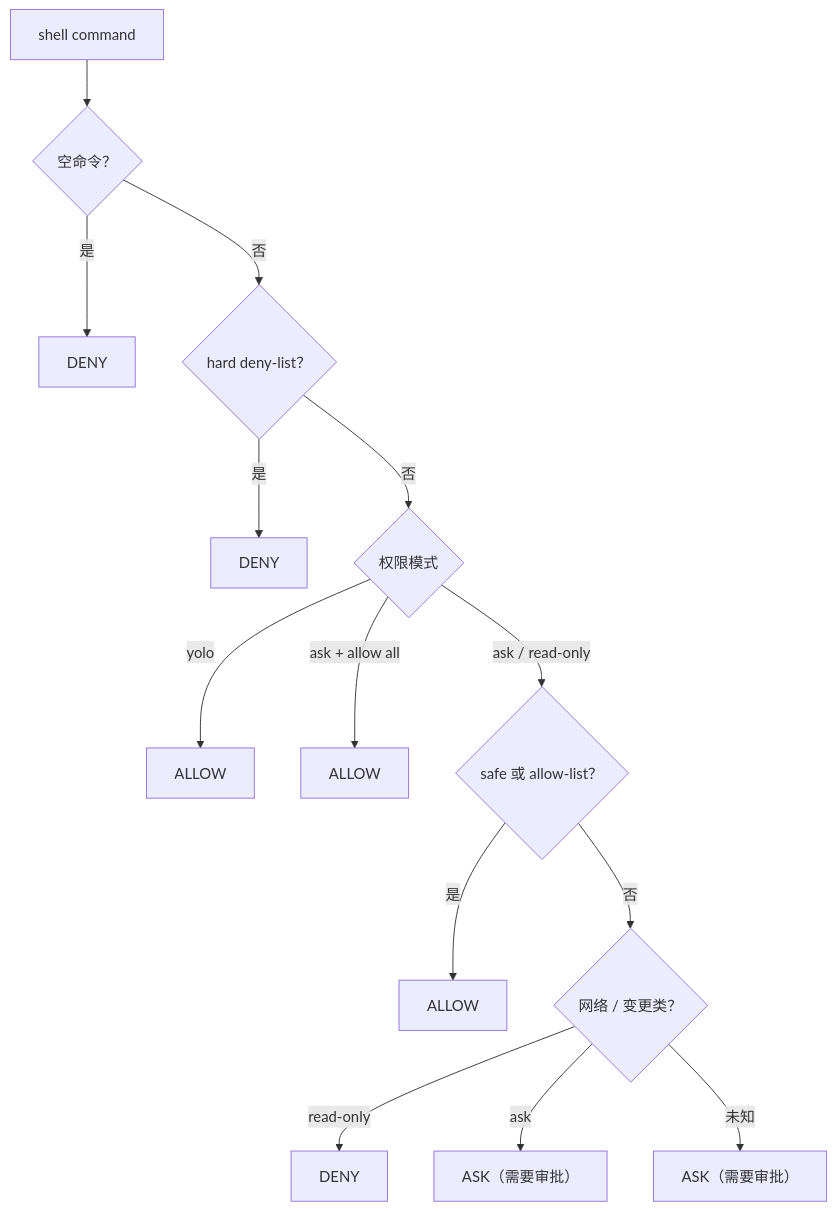
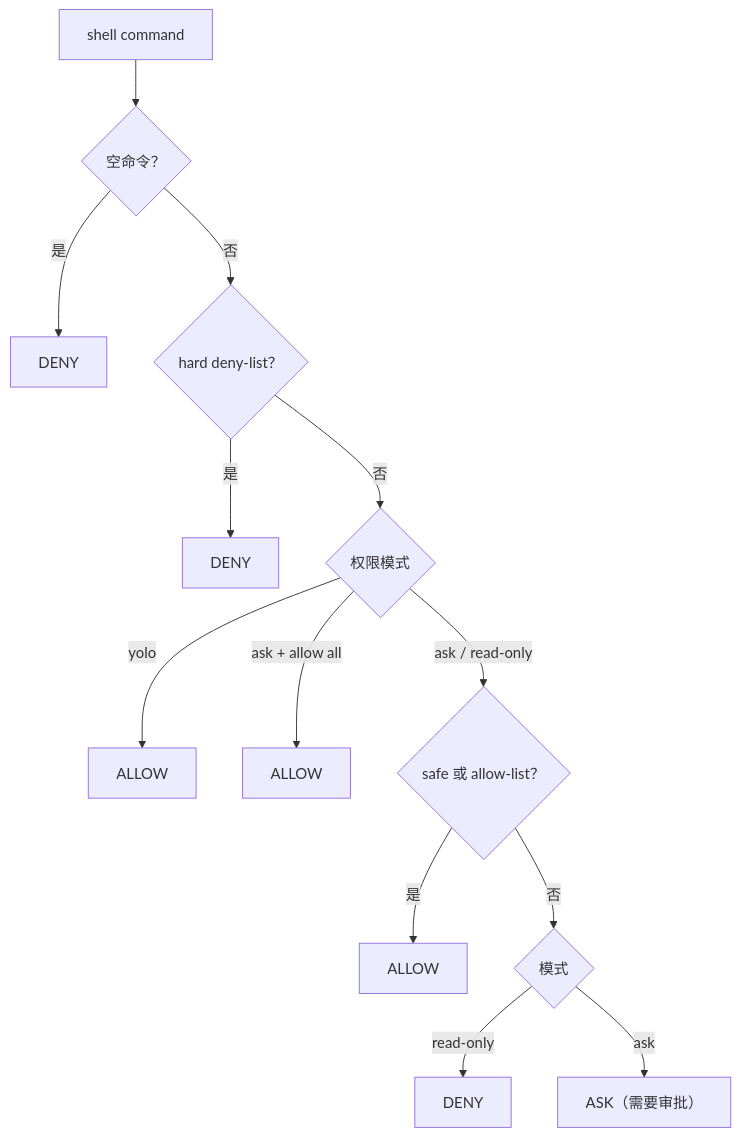
Before and after one commit to Ashitaka-Laputa-IV/MiniCode: the diagram in docs/permissions.md, drawn with Mermaid. The commit also changed other lines of this file and 1 other file, not shown here.

````diff
--- a/docs/permissions.md
+++ b/docs/permissions.md
@@ -54,16 +59,15 @@
 ```mermaid
 flowchart TD
     C["shell command"] --> EMPTY{"空命令？"}
     EMPTY -->|是| DENY1["DENY"]
     EMPTY -->|否| HARD{"hard deny-list？"}
     HARD -->|是| DENY2["DENY"]
     HARD -->|否| MODE{"权限模式"}
     MODE -->|yolo| ALLOW1["ALLOW"]
     MODE -->|ask + allow all| ALLOW2["ALLOW"]
     MODE -->|ask / read-only| SAFE{"safe 或 allow-list？"}
     SAFE -->|是| ALLOW3["ALLOW"]
-    SAFE -->|否| CLASSIFY{"网络 / 变更类？"}
-    CLASSIFY -->|read-only| DENY3["DENY"]
-    CLASSIFY -->|ask| ASK["ASK（需要审批）"]
-    CLASSIFY -->|未知| ASK2["ASK（需要审批）"]
+    SAFE -->|否| MODE2{"模式"}
+    MODE2 -->|read-only| DENY3["DENY"]
+    MODE2 -->|ask| ASK["ASK（需要审批）"]
 ```
````
